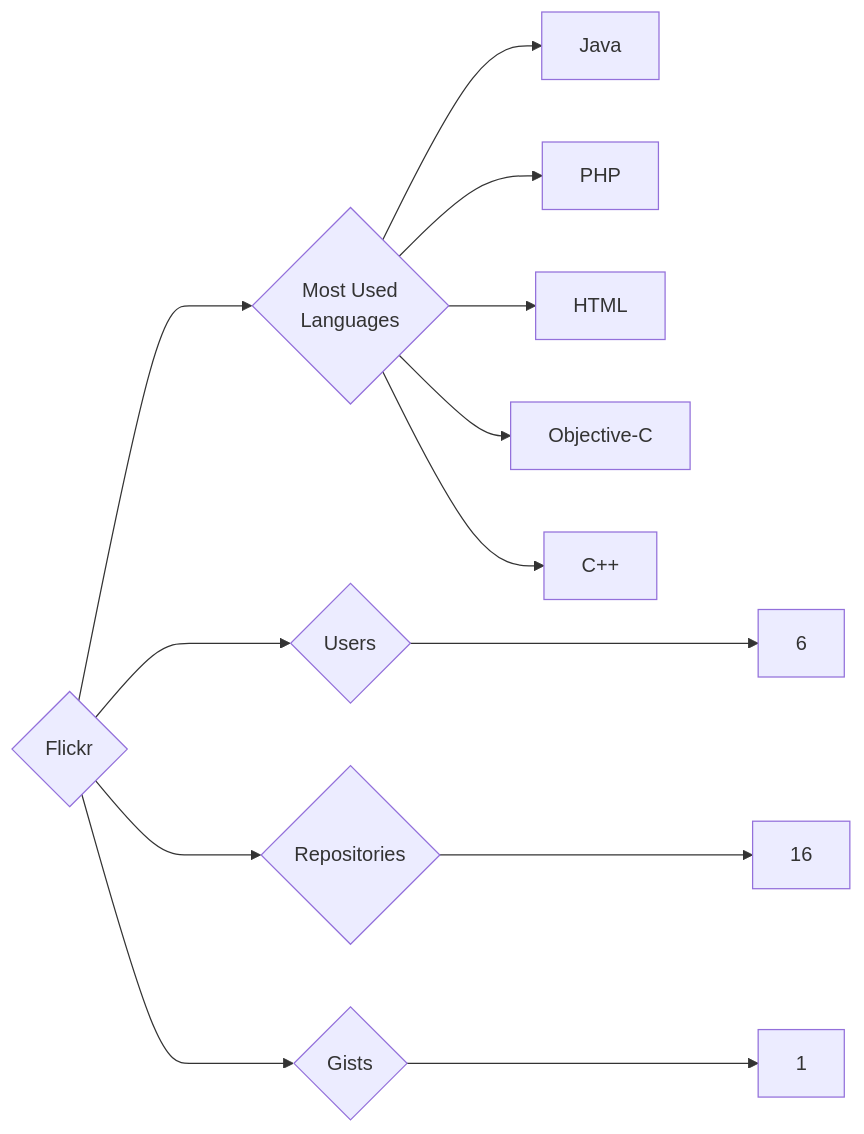
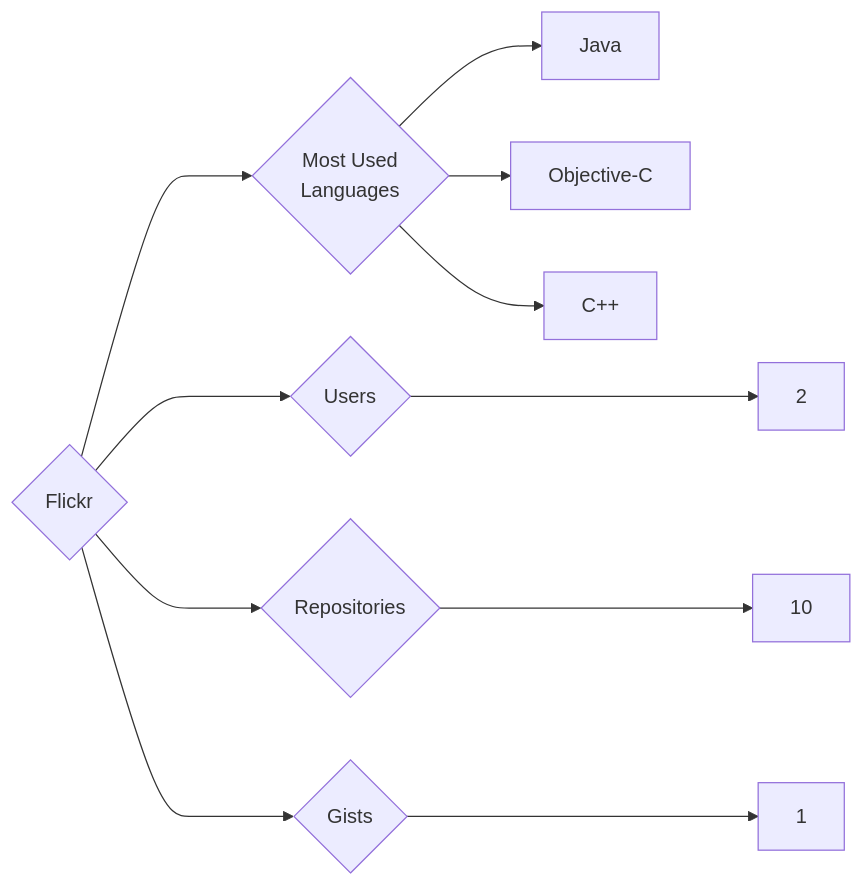
The diagram in targets/Flickr/README.md (trickest/insiders), drawn with Mermaid before and after one commit. The commit also changed 1120 other files, not shown here.

````diff
--- a/targets/Flickr/README.md
+++ b/targets/Flickr/README.md
@@ -3,13 +3,11 @@
 ```mermaid
 graph LR
 COMPANY_NAME{Flickr}
-COMPANY_NAME ---> U{Users} ---> UN[6]
-COMPANY_NAME ---> R{Repositories} ---> RN[16]
+COMPANY_NAME ---> U{Users} ---> UN[2]
+COMPANY_NAME ---> R{Repositories} ---> RN[10]
 COMPANY_NAME ---> G{Gists} ---> GN[1]
 COMPANY_NAME ---> ML{Most Used<br>Languages}
 ML --> Java[Java]
-ML --> PHP[PHP]
-ML --> HTML[HTML]
 ML --> Objective-C[Objective-C]
 ML --> C++[C++]
 ```
````
